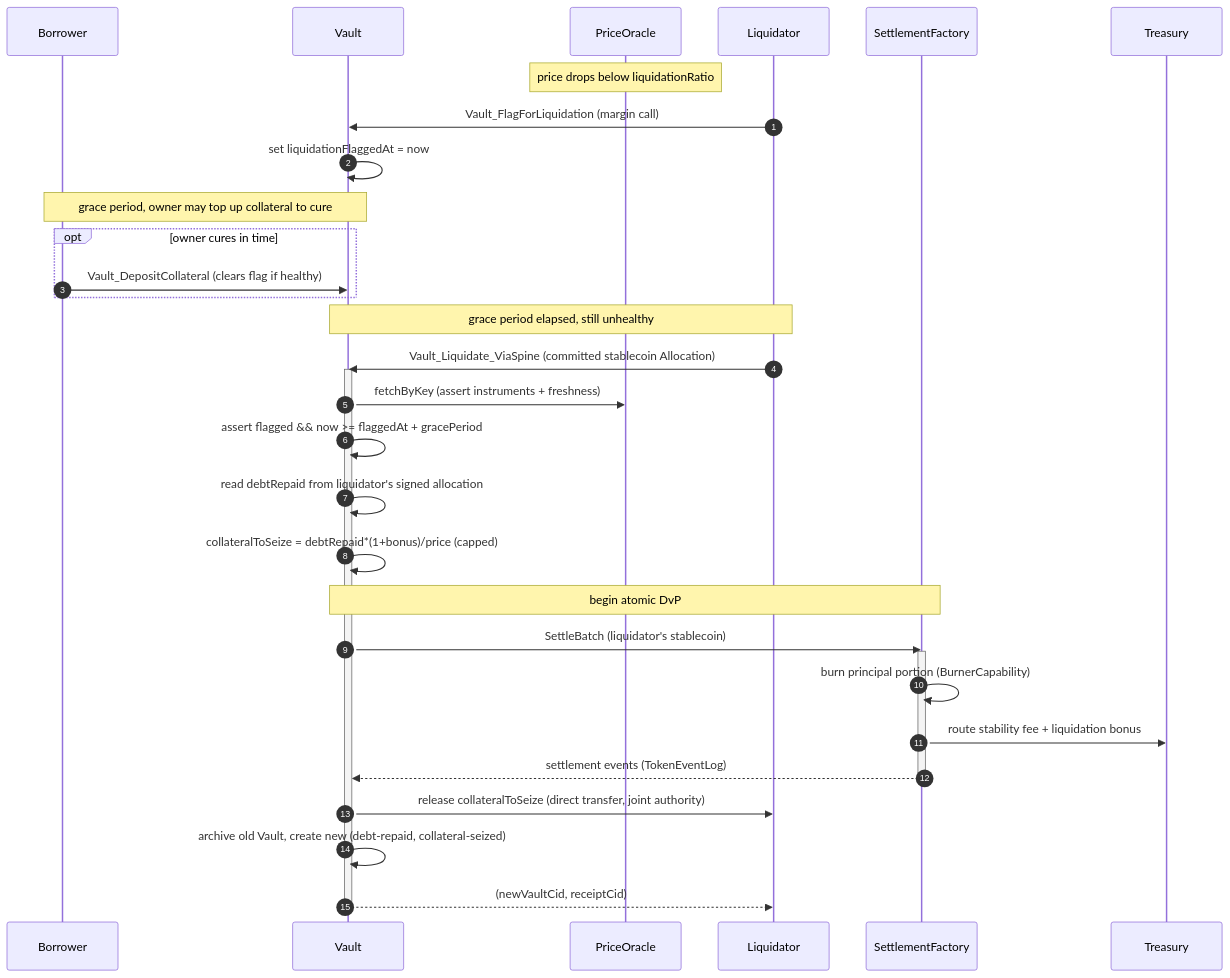
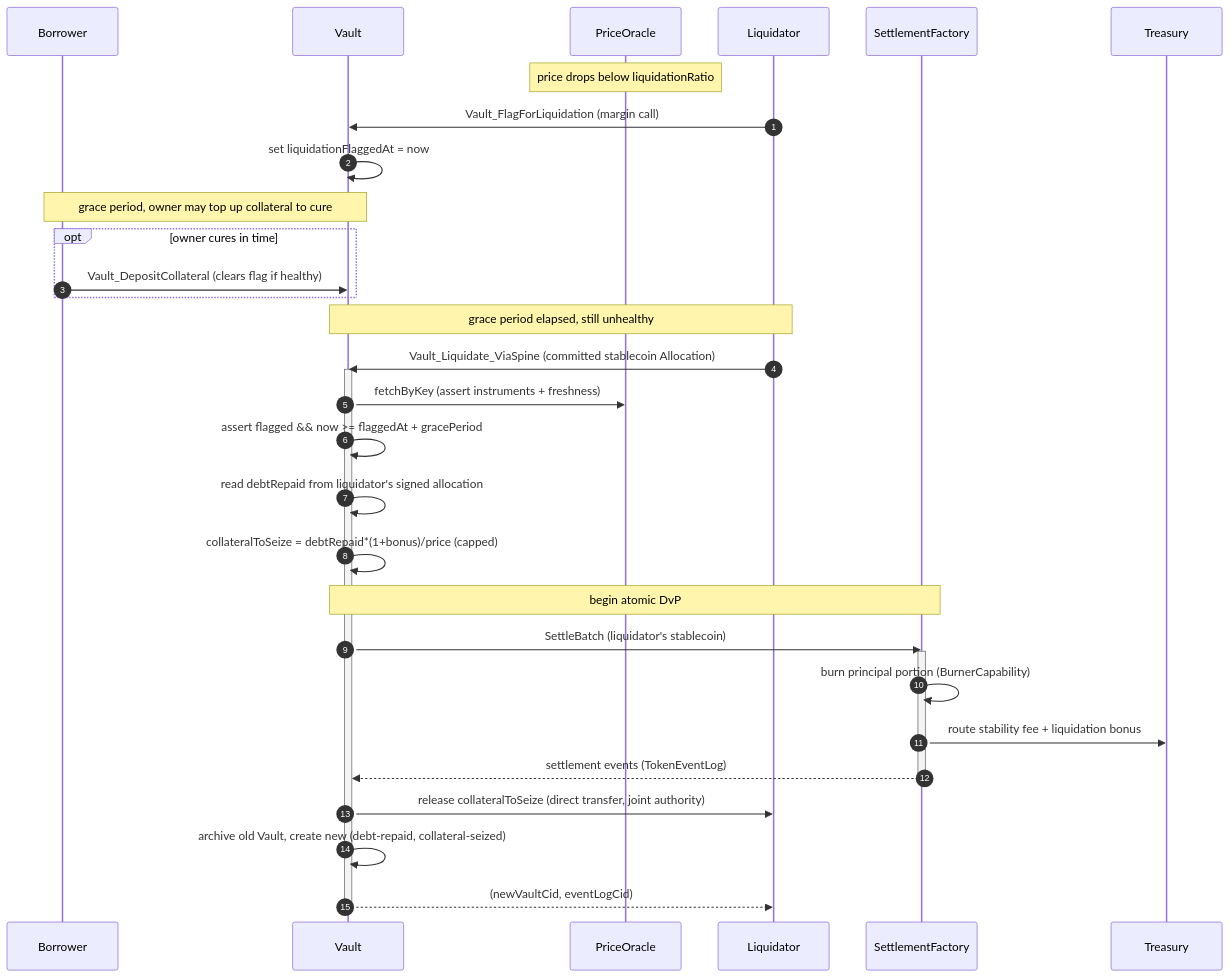
The fifth of 5 diagrams in docs/reference-architectures/lending.md (OpenZeppelin/canton-specs), drawn with Mermaid before and after one commit. The commit also changed 3 other files, not shown here.

````diff
--- a/docs/reference-architectures/lending.md
+++ b/docs/reference-architectures/lending.md
@@ -260,36 +260,36 @@
 ```mermaid
 sequenceDiagram
     autonumber
     participant B as Borrower
     participant V as Vault
     participant O as PriceOracle
     participant L as Liquidator
     participant SF as SettlementFactory
     participant T as Treasury
 
     note over O: price drops below liquidationRatio
     L->>V: Vault_FlagForLiquidation (margin call)
     V->>V: set liquidationFlaggedAt = now
     note over B,V: grace period, owner may top up collateral to cure
     opt owner cures in time
         B->>V: Vault_DepositCollateral (clears flag if healthy)
     end
     note over L,V: grace period elapsed, still unhealthy
     L->>V: Vault_Liquidate_ViaSpine (committed stablecoin Allocation)
     activate V
     V->>O: fetchByKey (assert instruments + freshness)
     V->>V: assert flagged && now >= flaggedAt + gracePeriod
     V->>V: read debtRepaid from liquidator's signed allocation
     V->>V: collateralToSeize = debtRepaid*(1+bonus)/price (capped)
     note over V,SF: begin atomic DvP
     V->>SF: SettleBatch (liquidator's stablecoin)
     activate SF
     SF->>SF: burn principal portion (BurnerCapability)
     SF->>T: route stability fee + liquidation bonus
     SF-->>V: settlement events (TokenEventLog)
     deactivate SF
     V->>L: release collateralToSeize (direct transfer, joint authority)
     V->>V: archive old Vault, create new (debt-repaid, collateral-seized)
-    V-->>L: (newVaultCid, receiptCid)
+    V-->>L: (newVaultCid, eventLogCid)
     deactivate V
 ```
````
